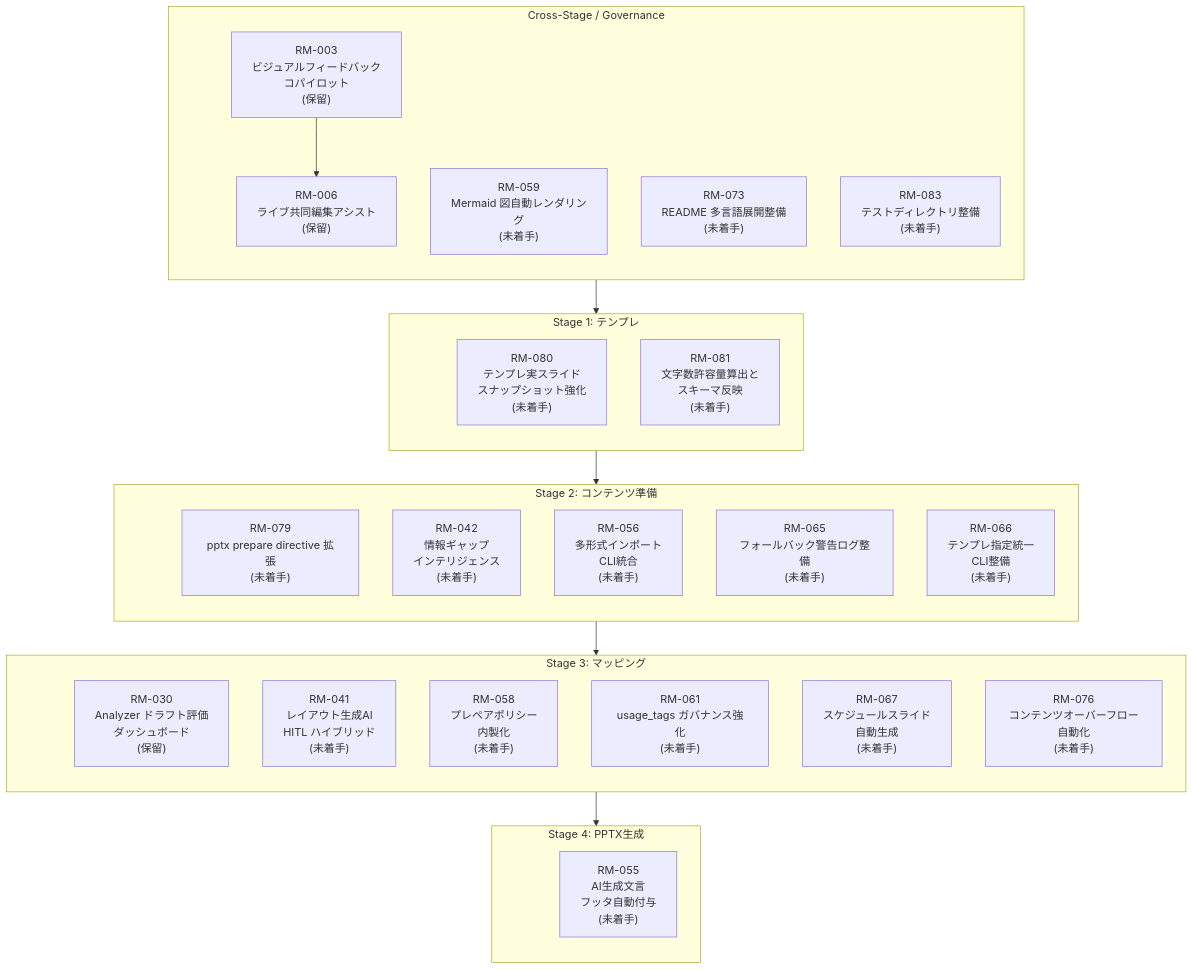
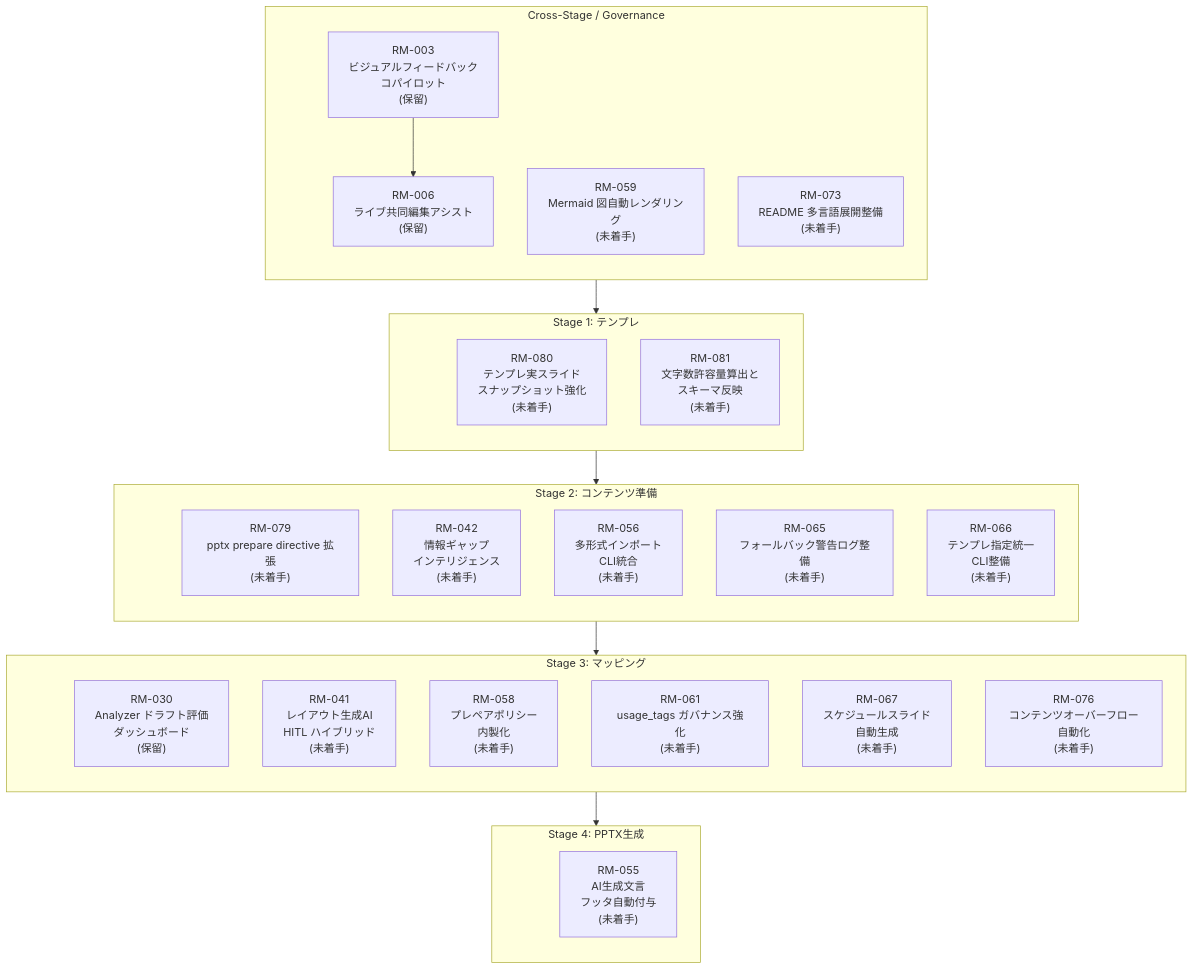
Before and after one commit to yurake/pptx_generator: the diagram in docs/roadmap/roadmap.md, drawn with Mermaid. The commit also changed other lines of this file and 1 other file, not shown here.

````diff
--- a/docs/roadmap/roadmap.md
+++ b/docs/roadmap/roadmap.md
@@ -25,56 +25,55 @@
 ```mermaid
 flowchart TB
     subgraph GOV["Cross-Stage / Governance"]
         direction TB
         GOV_ANCHOR(( ))
         RM003["RM-003<br/>ビジュアルフィードバック<br/>コパイロット<br/>(保留)"]
         RM006["RM-006<br/>ライブ共同編集アシスト<br/>(保留)"]
         RM059["RM-059<br/>Mermaid 図自動レンダリング<br/>(未着手)"]
         RM073["RM-073<br/>README 多言語展開整備<br/>(未着手)"]
-        RM083["RM-083<br/>テストディレクトリ整備<br/>(未着手)"]
     end
 
     subgraph ST1["Stage 1: テンプレ"]
         direction TB
         ST1_ANCHOR(( ))
         RM080["RM-080<br/>テンプレ実スライド<br/>スナップショット強化<br/>(未着手)"]
         RM081["RM-081<br/>文字数許容量算出と<br/>スキーマ反映<br/>(未着手)"]
     end
 
     subgraph ST2["Stage 2: コンテンツ準備"]
         direction TB
         ST2_ANCHOR(( ))
         RM079["RM-079<br/>pptx prepare directive 拡張<br/>(未着手)"]
         RM042["RM-042<br/>情報ギャップ<br/>インテリジェンス<br/>(未着手)"]
         RM056["RM-056<br/>多形式インポート<br/>CLI統合<br/>(未着手)"]
         RM065["RM-065<br/>フォールバック警告ログ整備<br/>(未着手)"]
         RM066["RM-066<br/>テンプレ指定統一<br/>CLI整備<br/>(未着手)"]
     end
 
     subgraph ST3["Stage 3: マッピング"]
         direction TB
         ST3_ANCHOR(( ))
         RM030["RM-030<br/>Analyzer ドラフト評価<br/>ダッシュボード<br/>(保留)"]
         RM041["RM-041<br/>レイアウト生成AI<br/>HITL ハイブリッド<br/>(未着手)"]
         RM058["RM-058<br/>プレペアポリシー<br/>内製化<br/>(未着手)"]
         RM061["RM-061<br/>usage_tags ガバナンス強化<br/>(未着手)"]
         RM067["RM-067<br/>スケジュールスライド<br/>自動生成<br/>(未着手)"]
         RM076["RM-076<br/>コンテンツオーバーフロー自動化<br/>(未着手)"]
     end
 
     subgraph ST4["Stage 4: PPTX生成"]
         direction TB
         ST4_ANCHOR(( ))
         RM055["RM-055<br/>AI生成文言<br/>フッタ自動付与<br/>(未着手)"]
     end
 
     style GOV_ANCHOR fill:transparent,stroke:transparent
     style ST1_ANCHOR fill:transparent,stroke:transparent
     style ST2_ANCHOR fill:transparent,stroke:transparent
     style ST3_ANCHOR fill:transparent,stroke:transparent
     style ST4_ANCHOR fill:transparent,stroke:transparent
 
     GOV_ANCHOR --> ST1_ANCHOR --> ST2_ANCHOR --> ST3_ANCHOR --> ST4_ANCHOR
 
     RM003 --> RM006
 ```
````
